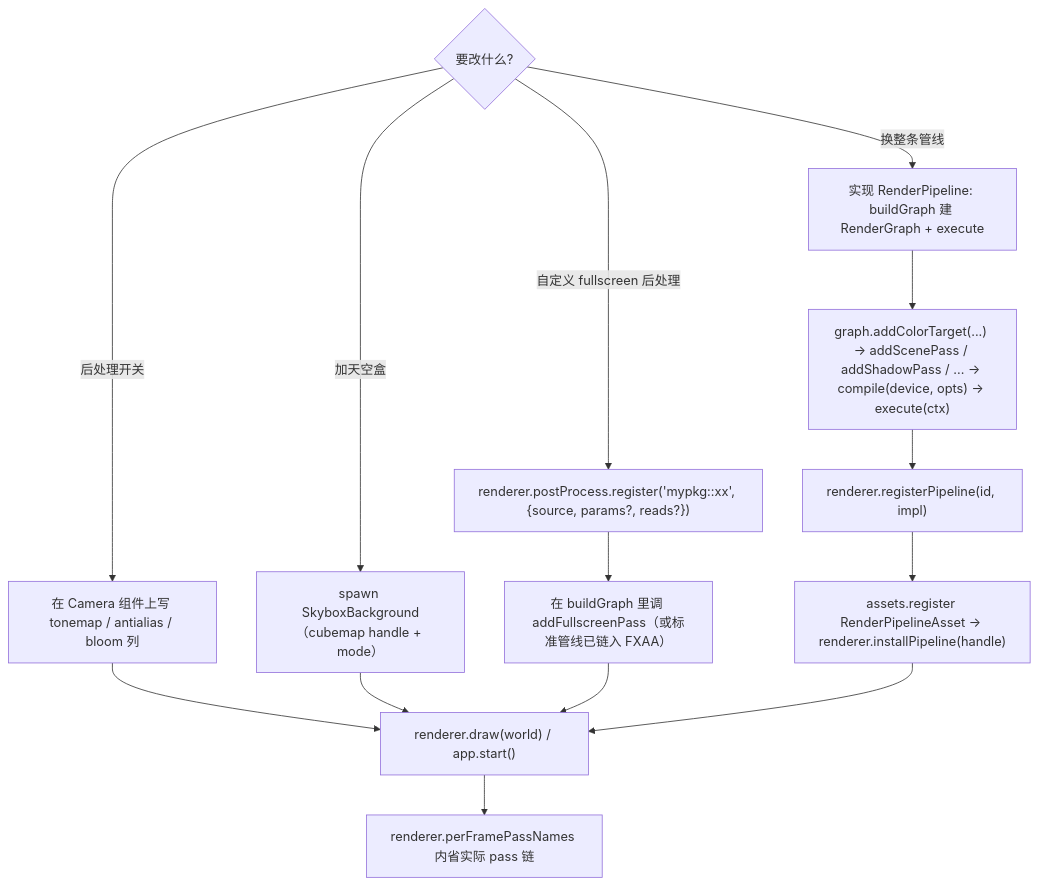
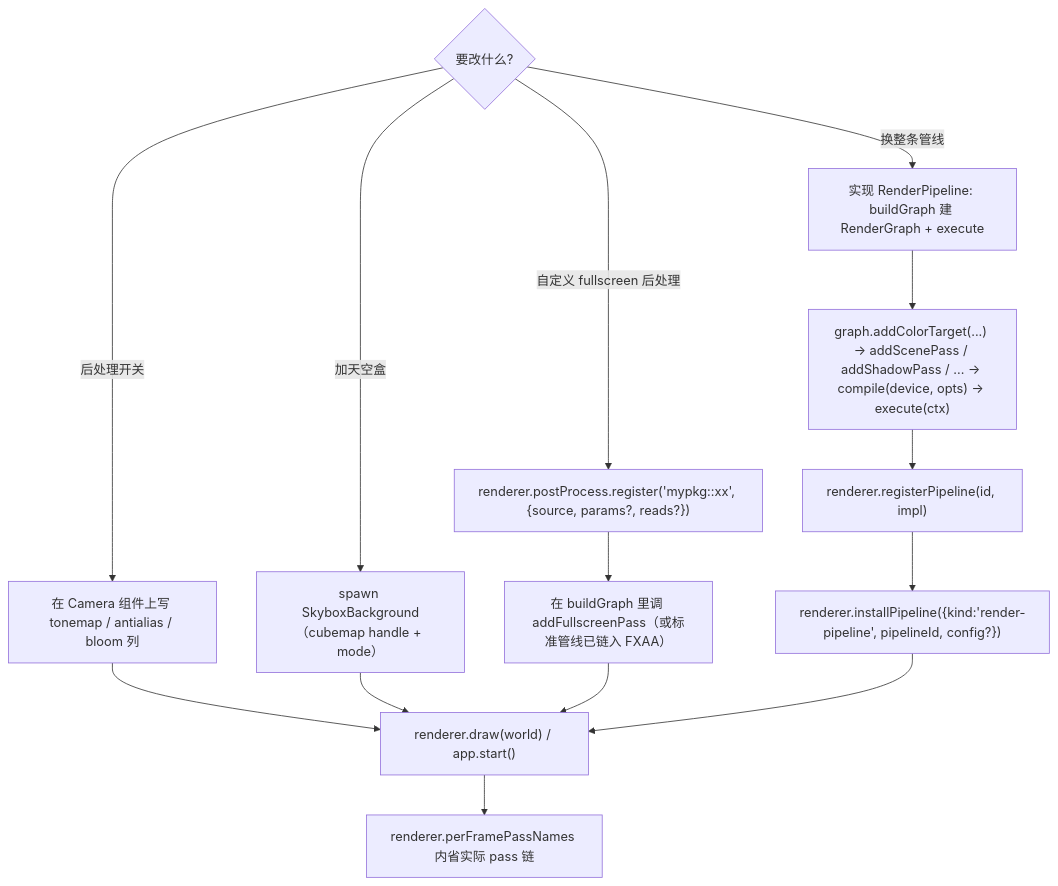
One commit to ForgeaX-Games/forgeax-editor changed the diagram in packages/engine/skills/forgeax-engine-render-pipeline/SKILL.md. Above: the diagram before and after it, drawn with Mermaid. The commit also changed other lines of this file and 441 other files, not shown here.

````diff
--- a/packages/engine/skills/forgeax-engine-render-pipeline/SKILL.md
+++ b/packages/engine/skills/forgeax-engine-render-pipeline/SKILL.md
@@ -54,16 +74,16 @@
 ```mermaid
 flowchart TD
   Q{"要改什么?"} -->|后处理开关| CAM["在 Camera 组件上写 tonemap / antialias / bloom 列"]
   Q -->|加天空盒| SKY["spawn SkyboxBackground（cubemap handle + mode）"]
   Q -->|自定义 fullscreen 后处理| REG["renderer.postProcess.register('mypkg::xx', {source, params?, reads?})"]
   Q -->|换整条管线| PIPE["实现 RenderPipeline: buildGraph 建 RenderGraph + execute"]
   REG --> BUILD["在 buildGraph 里调 addFullscreenPass（或标准管线已链入 FXAA）"]
   PIPE --> RG["graph.addColorTarget(...) -> addScenePass / addShadowPass / ... -> compile(device, opts) -> execute(ctx)"]
   RG --> REG_P["renderer.registerPipeline(id, impl)"]
-  REG_P --> INS["assets.register RenderPipelineAsset -> renderer.installPipeline(handle)"]
+  REG_P --> INS["renderer.installPipeline({kind:'render-pipeline', pipelineId, config?})"]
   CAM --> DR["renderer.draw(world) / app.start()"]
   SKY --> DR
   BUILD --> DR
   INS --> DR
   DR --> INSP["renderer.perFramePassNames 内省实际 pass 链"]
 ```
````
